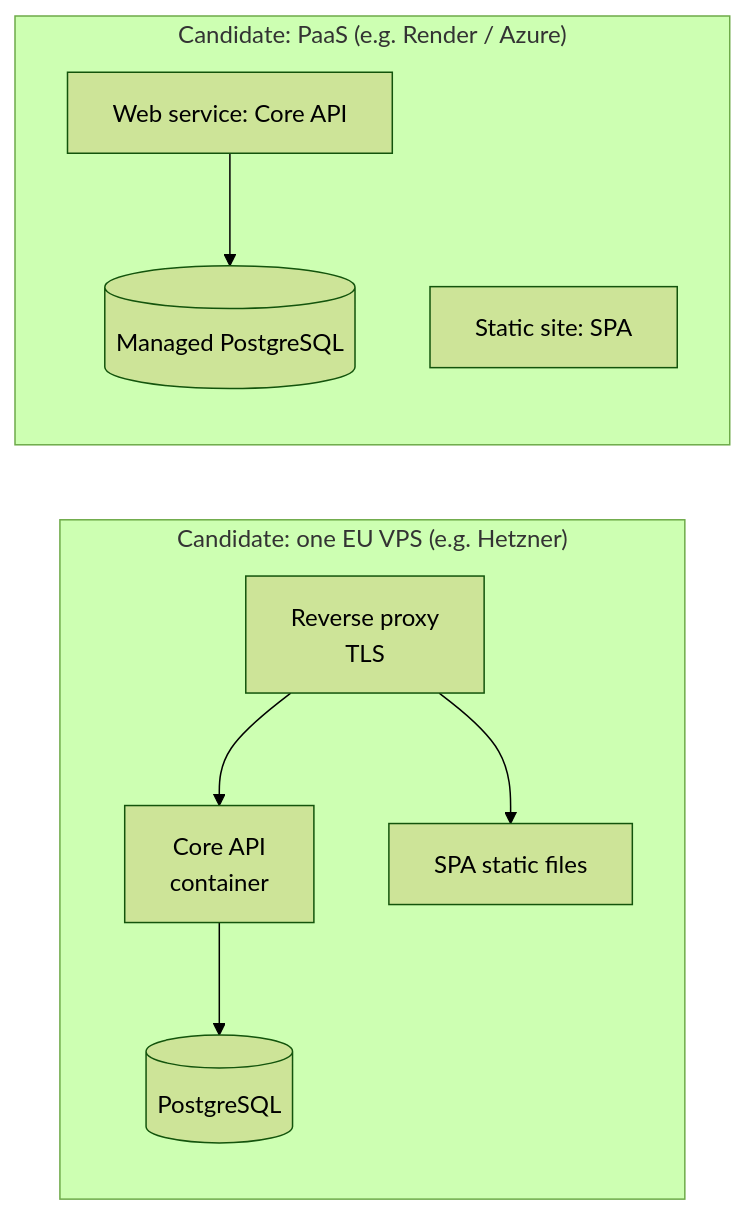
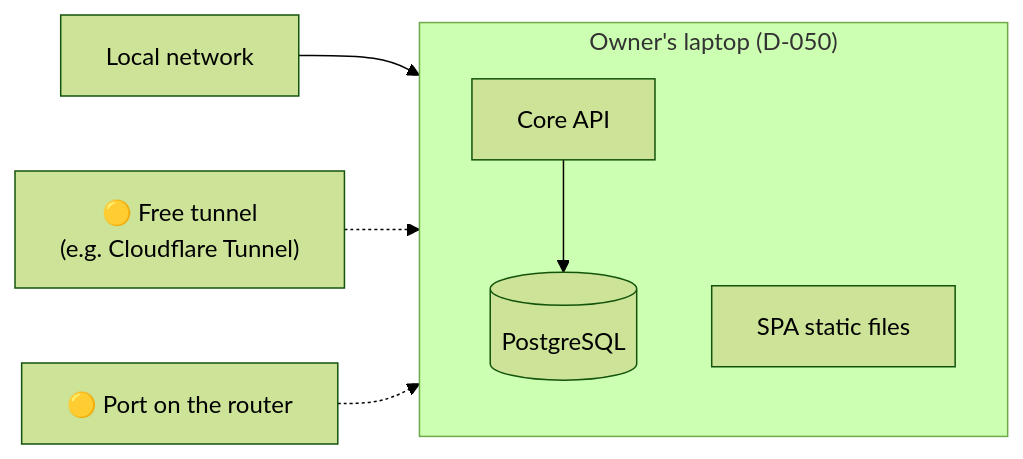
Before and after one commit to Gafion/FitnessCenterSystem: diagram 17 of 18 in docs/architecture.md, drawn with Mermaid (forest theme). The commit also changed other lines of this file and 2 other files, not shown here.

Commit message:
FIT-65: record the owner's answers to "Owner decides" rows 1-10 (D-048-D-053)

````diff
--- a/docs/architecture.md
+++ b/docs/architecture.md
@@ -536,12 +541,10 @@
 ```mermaid
 flowchart LR
-  subgraph CandidateVPS["Candidate: one EU VPS (e.g. Hetzner)"]
-    RP["Reverse proxy<br/>TLS"] --> APIC["Core API<br/>container"]
-    APIC --> PGV[("PostgreSQL")]
-    RP --> STATIC["SPA static files"]
+  subgraph Laptop["Owner's laptop (D-050)"]
+    APIC["Core API"] --> PGV[("PostgreSQL")]
+    STATIC["SPA static files"]
   end
-  subgraph CandidatePaaS["Candidate: PaaS (e.g. Render / Azure)"]
-    WEB["Web service: Core API"] --> MPG[("Managed PostgreSQL")]
-    STAT["Static site: SPA"]
-  end
+  LAN["Local network"] --> Laptop
+  TUN["🟡 Free tunnel<br/>(e.g. Cloudflare Tunnel)"] -.-> Laptop
+  PORT["🟡 Port on the router"] -.-> Laptop
 ```
````
